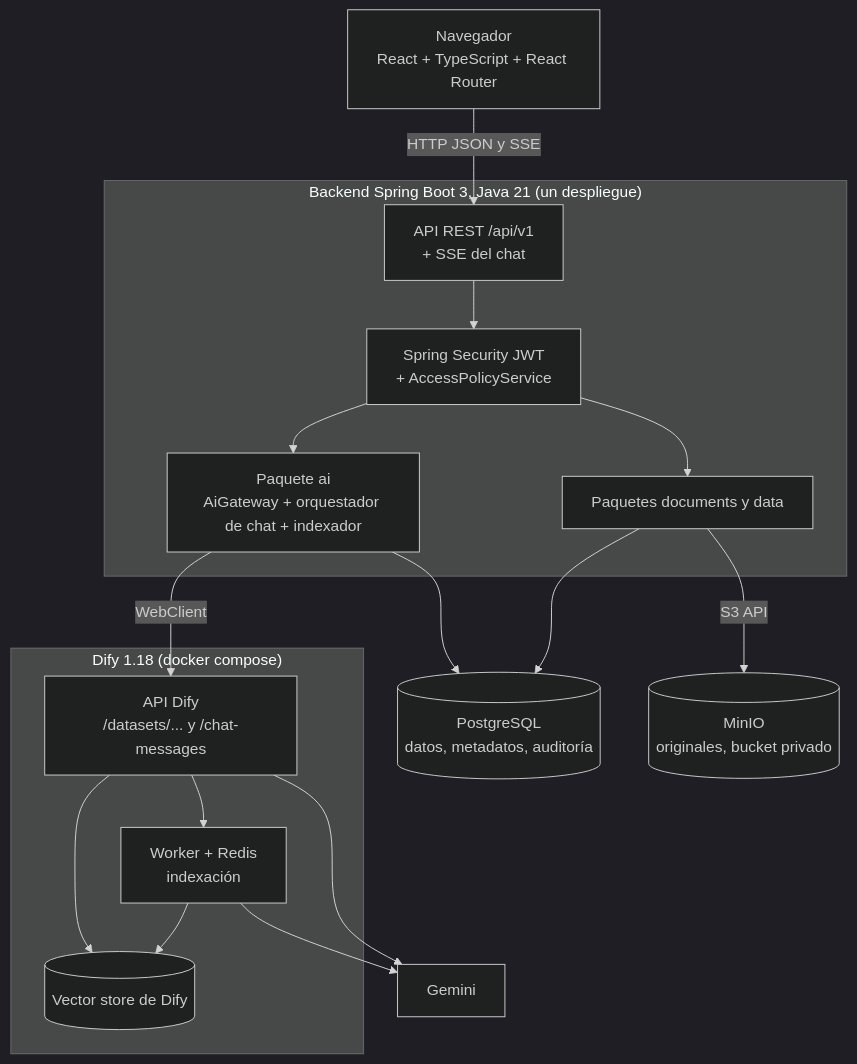
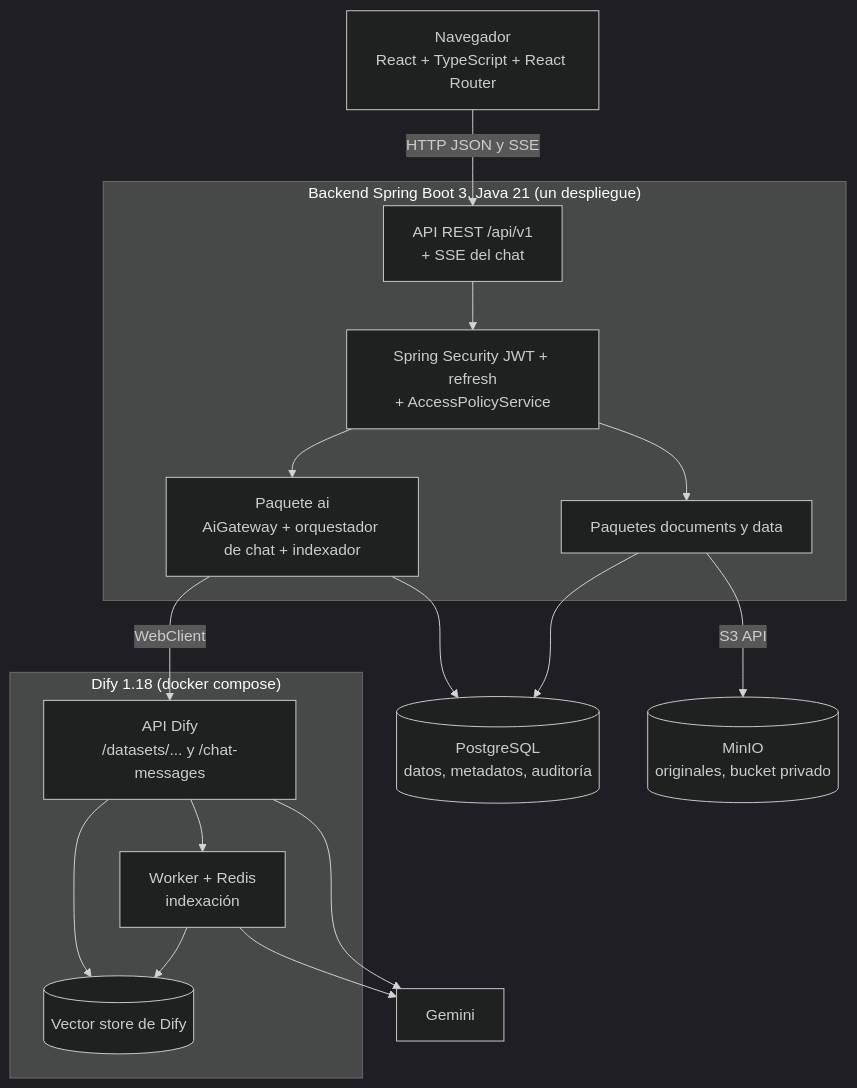
Before and after one commit to pedroamas/segur_plus: the diagram in docs/architecture/02-containers.md, drawn with Mermaid (dark theme). The commit also changed other lines of this file and 15 other files, not shown here.

````diff
--- a/docs/architecture/02-containers.md
+++ b/docs/architecture/02-containers.md
@@ -3,36 +3,36 @@
 ```mermaid
 flowchart TB
   U["Navegador<br/>React + TypeScript + React Router"]
 
   subgraph Backend["Backend Spring Boot 3, Java 21 (un despliegue)"]
     API["API REST /api/v1<br/>+ SSE del chat"]
-    SEC["Spring Security JWT<br/>+ AccessPolicyService"]
+    SEC["Spring Security JWT + refresh<br/>+ AccessPolicyService"]
     BIZ["Paquetes documents y data"]
     AIM["Paquete ai<br/>AiGateway + orquestador de chat + indexador"]
   end
 
   PG[("PostgreSQL<br/>datos, metadatos, auditoría")]
   MINIO[("MinIO<br/>originales, bucket privado")]
 
   subgraph DifyStack["Dify 1.18 (docker compose)"]
     DAPI["API Dify<br/>/datasets/... y /chat-messages"]
     DW["Worker + Redis<br/>indexación"]
     VDB[("Vector store de Dify")]
   end
 
   GEM["Gemini"]
 
   U -->|"HTTP JSON y SSE"| API
   API --> SEC
   SEC --> BIZ
   SEC --> AIM
   BIZ --> PG
   BIZ -->|"S3 API"| MINIO
   AIM --> PG
   AIM -->|"WebClient"| DAPI
   DAPI --> DW
   DW --> VDB
   DAPI --> VDB
   DAPI --> GEM
   DW --> GEM
 ```
````
